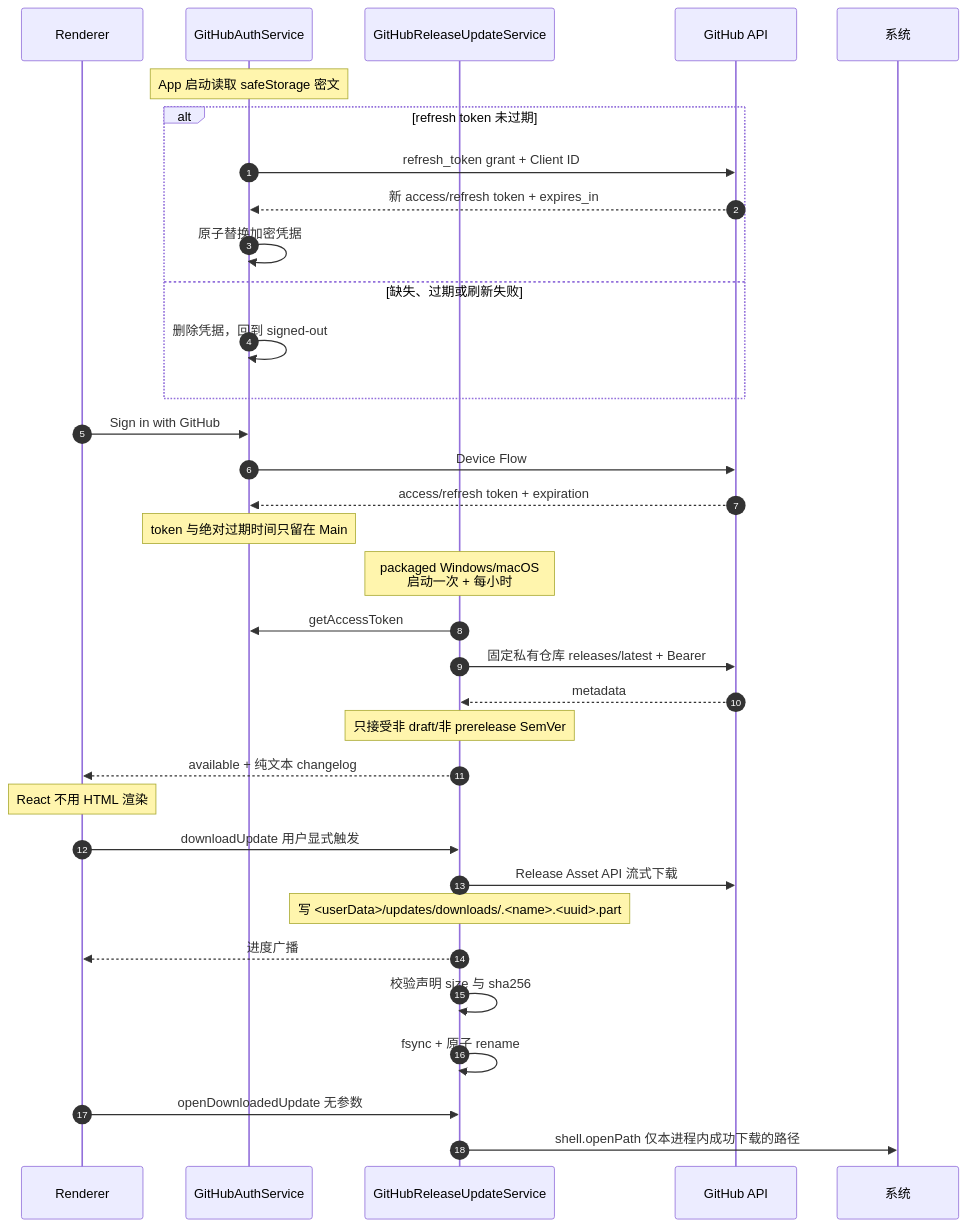
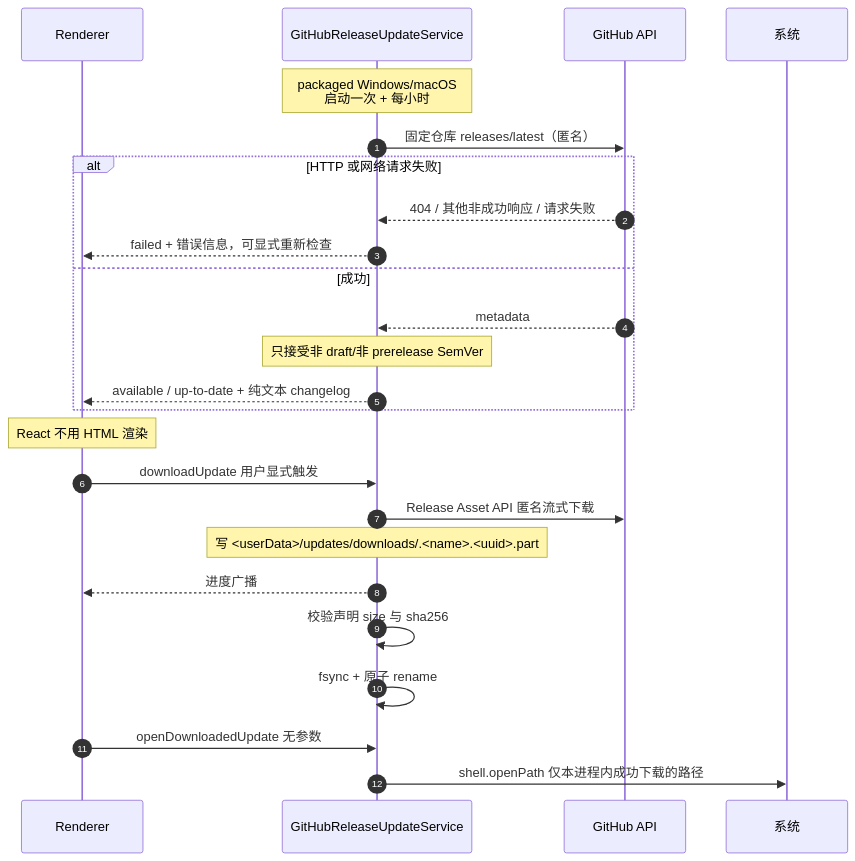
One commit to zhxmt-xm/Interceptor changed the sixth of 7 diagrams in architecture/features/settings.md. Above: the diagram before and after it, drawn with Mermaid. The commit also changed other lines of this file and 85 other files, not shown here.

Commit message:
refactor(updates): remove product GitHub sign-in

````diff
--- a/architecture/features/settings.md
+++ b/architecture/features/settings.md
@@ -636,42 +636,30 @@
 ```mermaid
 sequenceDiagram
     autonumber
     participant UI as Renderer
-    participant Auth as GitHubAuthService
     participant Main as GitHubReleaseUpdateService
     participant GH as GitHub API
     participant Shell as 系统
 
-    Note over Auth: App 启动读取 safeStorage 密文
-    alt refresh token 未过期
-        Auth->>GH: refresh_token grant + Client ID
-        GH-->>Auth: 新 access/refresh token + expires_in
-        Auth->>Auth: 原子替换加密凭据
-    else 缺失、过期或刷新失败
-        Auth->>Auth: 删除凭据，回到 signed-out
+    Note over Main: packaged Windows/macOS<br/>启动一次 + 每小时
+    Main->>GH: 固定仓库 releases/latest（匿名）
+    alt HTTP 或网络请求失败
+        GH-->>Main: 404 / 其他非成功响应 / 请求失败
+        Main-->>UI: failed + 错误信息，可显式重新检查
+    else 成功
+        GH-->>Main: metadata
+        Note over Main: 只接受非 draft/非 prerelease SemVer
+        Main-->>UI: available / up-to-date + 纯文本 changelog
     end
-
-    UI->>Auth: Sign in with GitHub
-    Auth->>GH: Device Flow
-    GH-->>Auth: access/refresh token + expiration
-    Note over Auth: token 与绝对过期时间只留在 Main
-
-    Note over Main: packaged Windows/macOS<br/>启动一次 + 每小时
-    Main->>Auth: getAccessToken
-    Main->>GH: 固定私有仓库 releases/latest + Bearer
-    GH-->>Main: metadata
-    Note over Main: 只接受非 draft/非 prerelease SemVer
-
-    Main-->>UI: available + 纯文本 changelog
     Note over UI: React 不用 HTML 渲染
 
     UI->>Main: downloadUpdate 用户显式触发
-    Main->>GH: Release Asset API 流式下载
+    Main->>GH: Release Asset API 匿名流式下载
     Note over Main: 写 <userData>/updates/downloads/.<name>.<uuid>.part
     Main-->>UI: 进度广播
     Main->>Main: 校验声明 size 与 sha256
     Main->>Main: fsync + 原子 rename
 
     UI->>Main: openDownloadedUpdate 无参数
     Main->>Shell: shell.openPath 仅本进程内成功下载的路径
 ```
````
